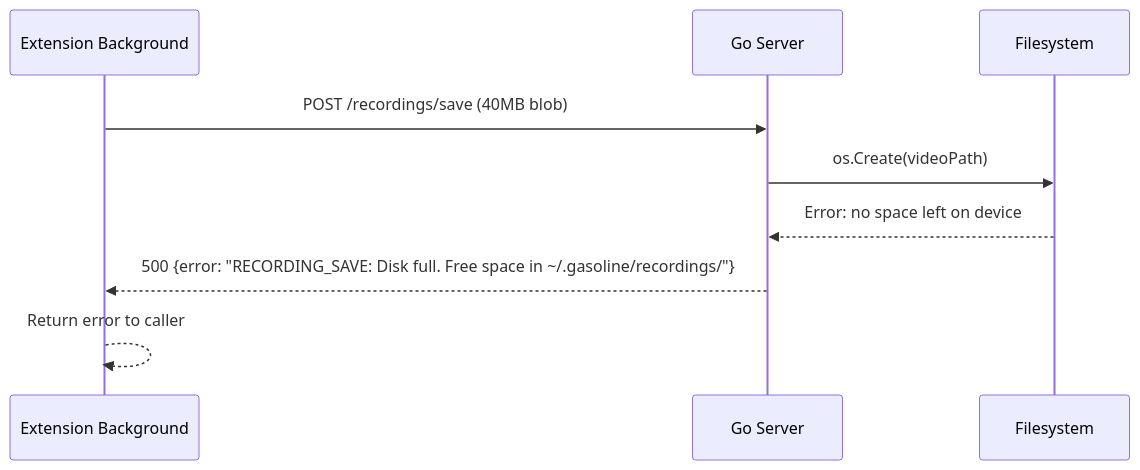
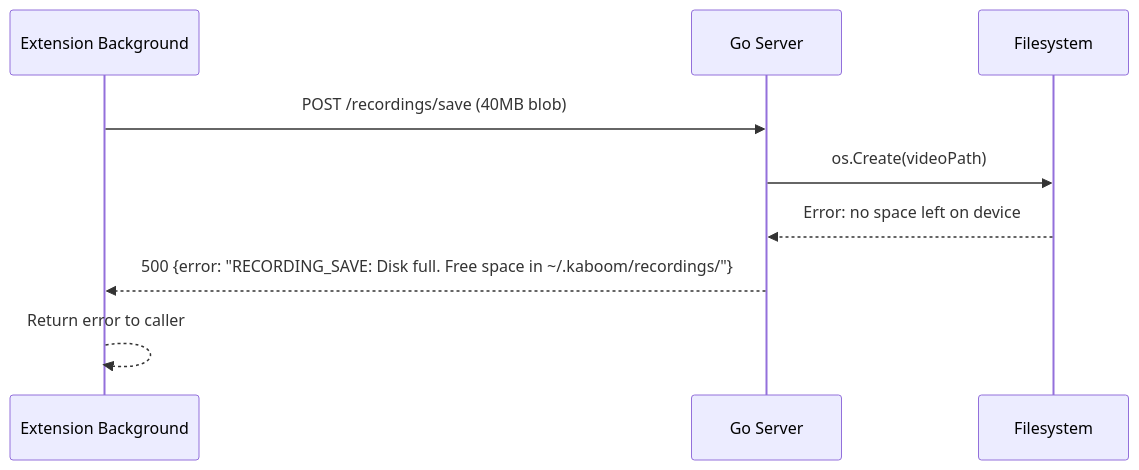
Before and after one commit to brennhill/gasoline-mcp-ai-devtools: the tenth of 10 diagrams in docs/features/feature/tab-recording/tech-spec.md, drawn with Mermaid. The commit also changed other lines of this file and 1983 other files, not shown here.

````diff
--- a/docs/features/feature/tab-recording/tech-spec.md
+++ b/docs/features/feature/tab-recording/tech-spec.md
@@ -591,12 +591,12 @@
 ```mermaid
 sequenceDiagram
     participant Ext as Extension Background
     participant Server as Go Server
     participant Disk as Filesystem
 
     Ext->>Server: POST /recordings/save (40MB blob)
     Server->>Disk: os.Create(videoPath)
     Disk-->>Server: Error: no space left on device
-    Server-->>Ext: 500 {error: "RECORDING_SAVE: Disk full. Free space in ~/.gasoline/recordings/"}
+    Server-->>Ext: 500 {error: "RECORDING_SAVE: Disk full. Free space in ~/.kaboom/recordings/"}
     Ext-->>Ext: Return error to caller
 ```
````
